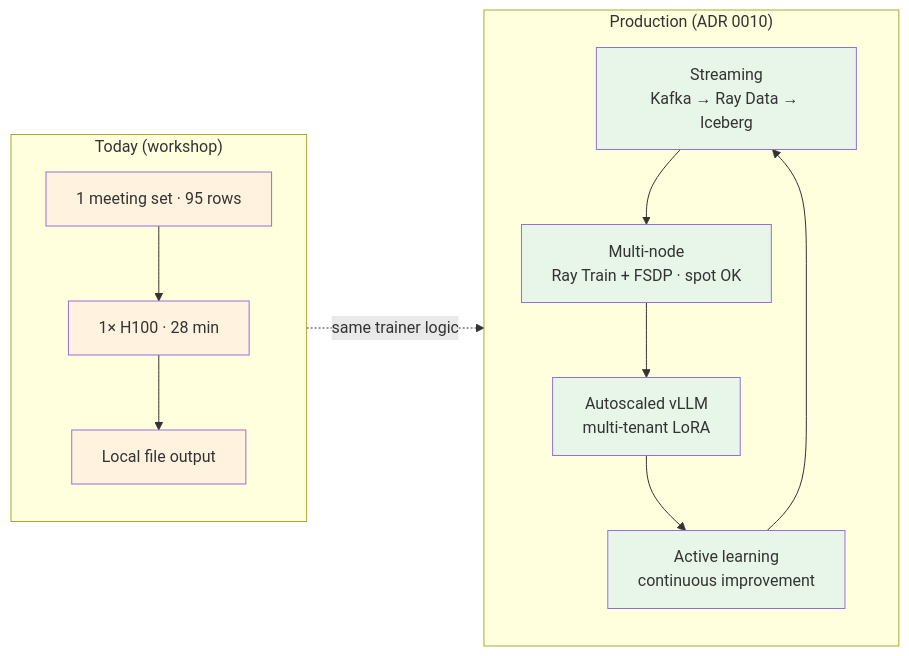
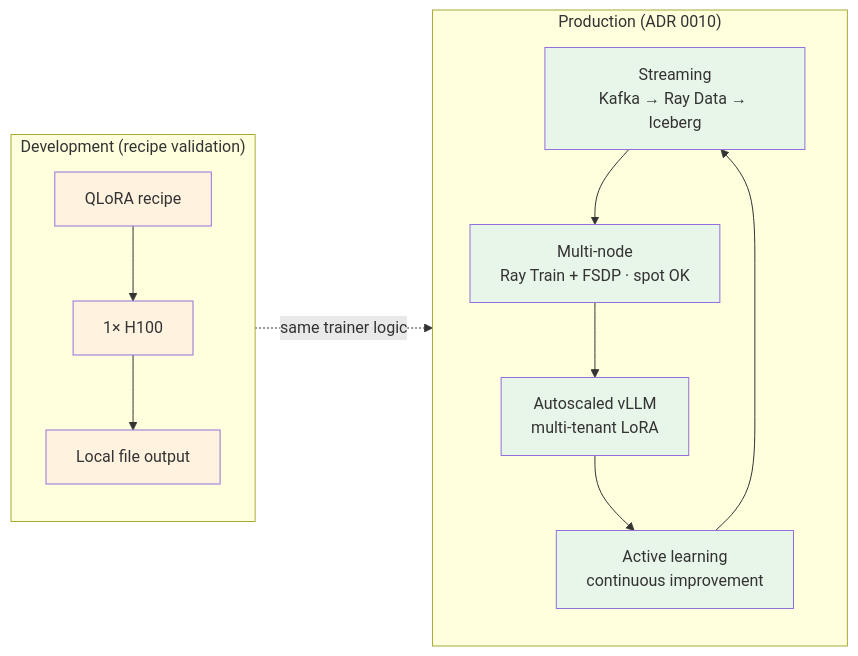
One commit to r2st/rubrik changed the first of 3 diagrams in docs/APPROACH.md. Above: the diagram before and after it, drawn with Mermaid. The commit also changed other lines of this file and 13 other files, not shown here.

````diff
--- a/docs/APPROACH.md
+++ b/docs/APPROACH.md
@@ -114,22 +114,22 @@
 ```mermaid
 flowchart LR
-    subgraph Workshop["Today (workshop)"]
-        W1[1 meeting set · 95 rows]
-        W2[1× H100 · 28 min]
+    subgraph Dev["Development (recipe validation)"]
+        W1[QLoRA recipe]
+        W2[1× H100]
         W3[Local file output]
         W1 --> W2 --> W3
     end
     subgraph Production["Production (ADR 0010)"]
         P1["Streaming<br/>Kafka → Ray Data → Iceberg"]
         P2["Multi-node<br/>Ray Train + FSDP · spot OK"]
         P3["Autoscaled vLLM<br/>multi-tenant LoRA"]
         P4["Active learning<br/>continuous improvement"]
         P1 --> P2 --> P3 --> P4 --> P1
     end
-    Workshop -.same trainer logic.-> Production
+    Dev -.same trainer logic.-> Production
 
-    classDef workshop fill:#fff3e0
+    classDef dev fill:#fff3e0
     classDef prod fill:#e8f5e9
-    class W1,W2,W3 workshop
+    class W1,W2,W3 dev
     class P1,P2,P3,P4 prod
 ```
````
